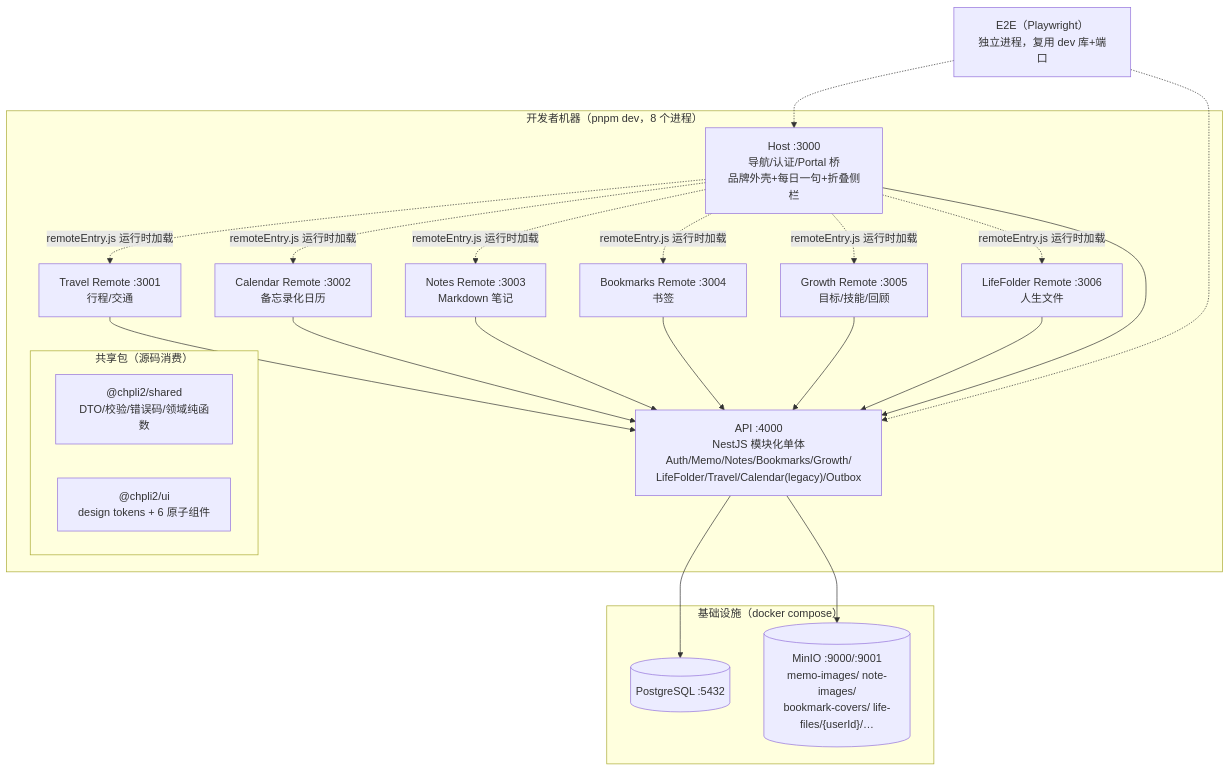
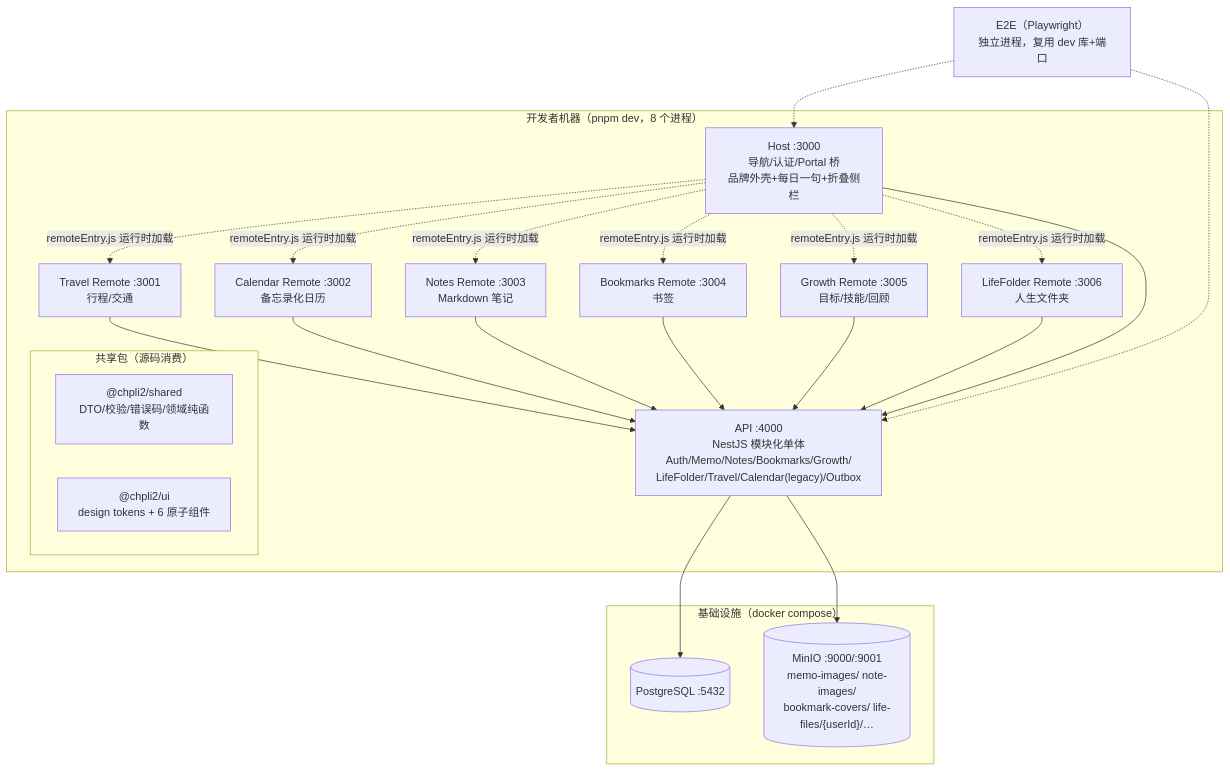
One commit to Sirius0301/chpli2 changed the second of 15 diagrams in .kimi-code/agents/docs/CHPLI-System-Description.md. Above: the diagram before and after it, drawn with Mermaid. The commit also changed 31 other files, not shown here.

````diff
--- a/.kimi-code/agents/docs/CHPLI-System-Description.md
+++ b/.kimi-code/agents/docs/CHPLI-System-Description.md
@@ -44,33 +44,33 @@
 ```mermaid
 flowchart TB
     subgraph devmachine["开发者机器（pnpm dev，8 个进程）"]
         host["Host :3000<br/>导航/认证/Portal 桥<br/>品牌外壳+每日一句+折叠侧栏"]
         travel["Travel Remote :3001<br/>行程/交通"]
         calendar["Calendar Remote :3002<br/>备忘录化日历"]
         notes["Notes Remote :3003<br/>Markdown 笔记"]
         bookmarks["Bookmarks Remote :3004<br/>书签"]
         growth["Growth Remote :3005<br/>目标/技能/回顾"]
-        lifefolder["LifeFolder Remote :3006<br/>人生文件"]
+        lifefolder["LifeFolder Remote :3006<br/>人生文件夹"]
 
         subgraph sharedpkgs["共享包（源码消费）"]
             shared["@chpli2/shared<br/>DTO/校验/错误码/领域纯函数"]
             ui["@chpli2/ui<br/>design tokens + 6 原子组件"]
         end
 
         api["API :4000<br/>NestJS 模块化单体<br/>Auth/Memo/Notes/Bookmarks/Growth/<br/>LifeFolder/Travel/Calendar(legacy)/Outbox"]
     end
 
     subgraph infra["基础设施（docker compose）"]
         pg[("PostgreSQL :5432")]
         minio[("MinIO :9000/:9001<br/>memo-images/ note-images/<br/>bookmark-covers/ life-files/{userId}/…")]
     end
 
     e2e["E2E（Playwright）<br/>独立进程，复用 dev 库+端口"]
 
     host -.->|"remoteEntry.js 运行时加载"| travel & calendar & notes & bookmarks & growth & lifefolder
     travel & calendar & notes & bookmarks & growth & lifefolder --> api
     host --> api
     api --> pg & minio
     e2e -.-> host
     e2e -.-> api
 ```
````
